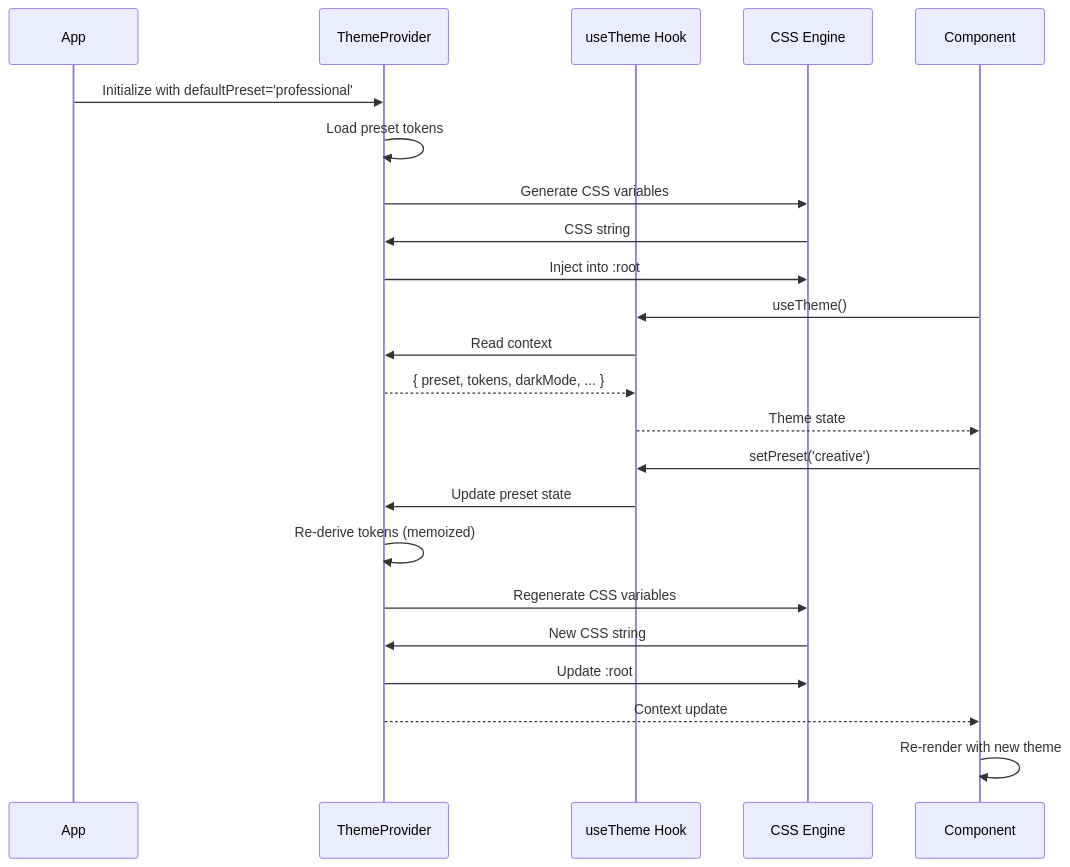
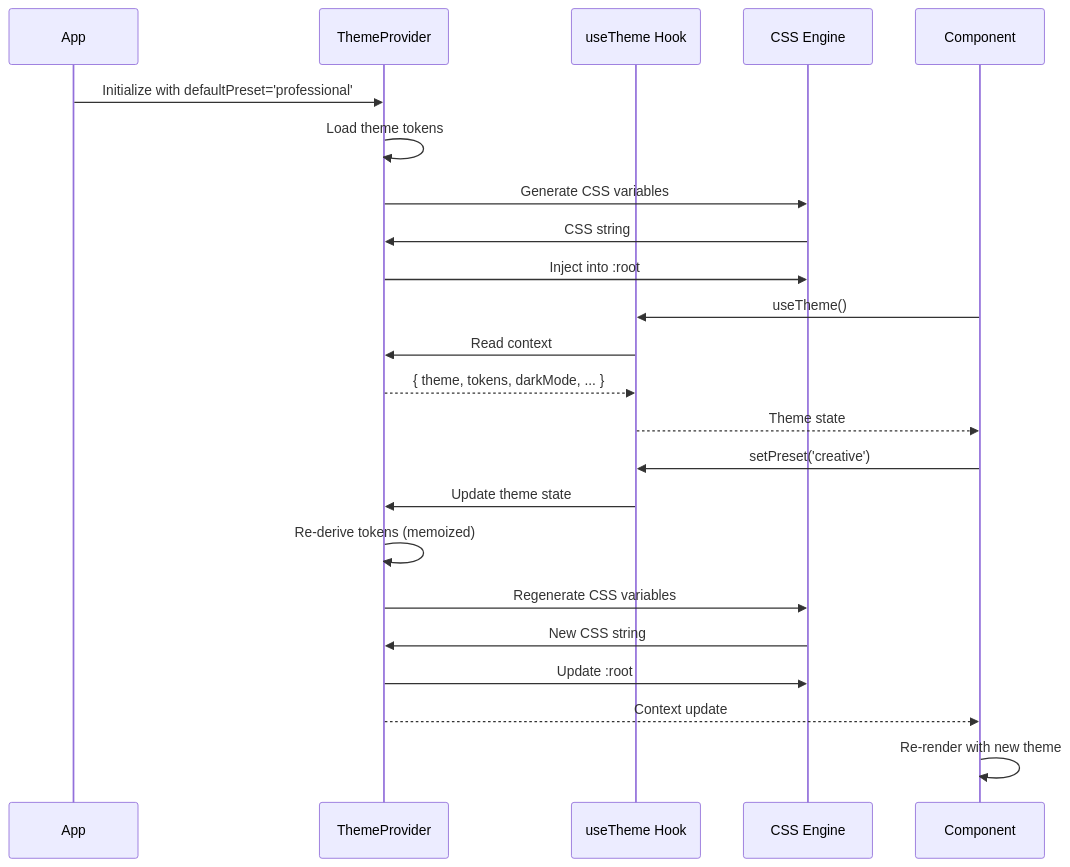
The fourth of 5 diagrams in packages/token-contract/docs/ARCHITECTURE.md (soo-kate-yeon/framingui), drawn with Mermaid before and after one commit. The commit also changed other lines of this file and 301 other files, not shown here.

First line of the commit message:
refactor: rename preset→theme, archetype→component across codebase

````diff
--- a/packages/token-contract/docs/ARCHITECTURE.md
+++ b/packages/token-contract/docs/ARCHITECTURE.md
@@ -322,28 +322,28 @@
 ```mermaid
 sequenceDiagram
     participant App
     participant ThemeProvider
     participant useTheme Hook
     participant CSS Engine
     participant Component
 
     App->>ThemeProvider: Initialize with defaultPreset='professional'
-    ThemeProvider->>ThemeProvider: Load preset tokens
+    ThemeProvider->>ThemeProvider: Load theme tokens
     ThemeProvider->>CSS Engine: Generate CSS variables
     CSS Engine->>ThemeProvider: CSS string
     ThemeProvider->>CSS Engine: Inject into :root
 
     Component->>useTheme Hook: useTheme()
     useTheme Hook->>ThemeProvider: Read context
-    ThemeProvider-->>useTheme Hook: { preset, tokens, darkMode, ... }
+    ThemeProvider-->>useTheme Hook: { theme, tokens, darkMode, ... }
     useTheme Hook-->>Component: Theme state
 
     Component->>useTheme Hook: setPreset('creative')
-    useTheme Hook->>ThemeProvider: Update preset state
+    useTheme Hook->>ThemeProvider: Update theme state
     ThemeProvider->>ThemeProvider: Re-derive tokens (memoized)
     ThemeProvider->>CSS Engine: Regenerate CSS variables
     CSS Engine->>ThemeProvider: New CSS string
     ThemeProvider->>CSS Engine: Update :root
     ThemeProvider-->>Component: Context update
     Component->>Component: Re-render with new theme
 ```
````
